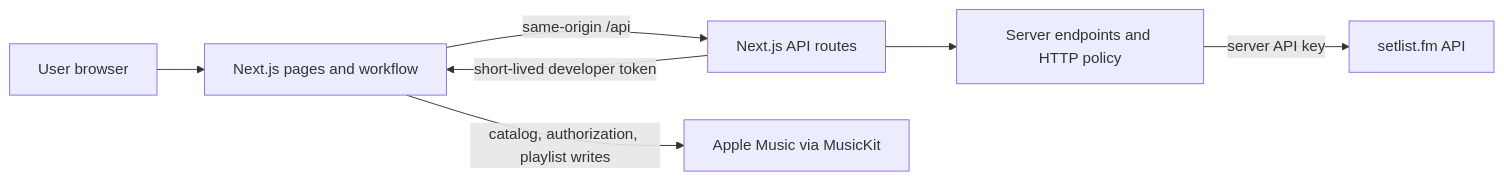
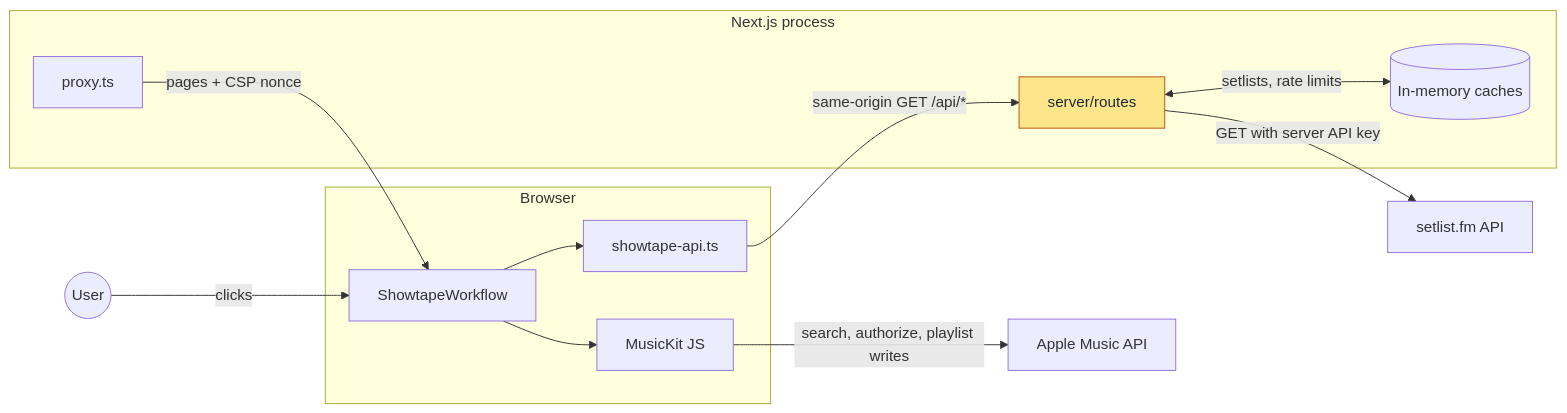
Before and after one commit to sebastianspicker/showtape: the first of 6 diagrams in docs/architecture.md, drawn with Mermaid. The commit also changed other lines of this file and 1 other file, not shown here.

First line of the commit message:
Document runtime flows with diagrams

````diff
--- a/docs/architecture.md
+++ b/docs/architecture.md
@@ -15,16 +17,27 @@
 ```mermaid
 flowchart LR
-  User[User browser]
-  App[Next.js pages and workflow]
-  Routes[Next.js API routes]
-  Server[Server endpoints and HTTP policy]
-  Setlist[setlist.fm API]
-  Music[Apple Music via MusicKit]
+  user((User))
+  subgraph browser [Browser]
+    workflow[ShowtapeWorkflow]
+    apiClient[showtape-api.ts]
+    musickit[MusicKit JS]
+  end
+  subgraph node [Next.js process]
+    proxy[proxy.ts]
+    routes[server/routes]
+    cache[(In-memory caches)]
+  end
+  setlistfm[setlist.fm API]
+  apple[Apple Music API]
 
-  User --> App
-  App -->|same-origin /api| Routes
-  Routes --> Server
-  Server -->|server API key| Setlist
-  App -->|catalog, authorization, playlist writes| Music
-  Routes -->|short-lived developer token| App
+  user -->|clicks| workflow
+  proxy -->|"pages + CSP nonce"| workflow
+  workflow --> apiClient
+  apiClient -->|"same-origin GET /api/*"| routes
+  routes -->|"GET with server API key"| setlistfm
+  routes <-->|"setlists, rate limits"| cache
+  workflow --> musickit
+  musickit -->|"search, authorize, playlist writes"| apple
+  classDef focus fill:#fde68a,stroke:#b45309,color:#1f2937
+  class routes focus
 ```
````
